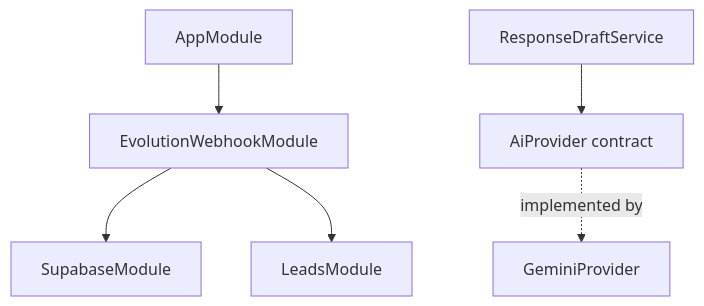
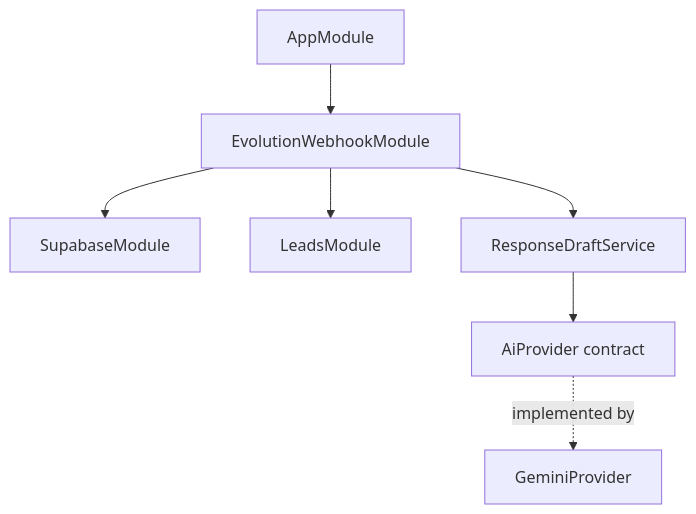
The diagram in docs/obsidian/Copiloto WhatsApp Samuel/_generated/Arquitectura actual.md (AnderG0D/copiloto-whatsapp-samuel), drawn with Mermaid before and after one commit. The commit also changed other lines of this file and 6 other files, not shown here.

````diff
--- a/docs/obsidian/Copiloto WhatsApp Samuel/_generated/Arquitectura actual.md
+++ b/docs/obsidian/Copiloto WhatsApp Samuel/_generated/Arquitectura actual.md
@@ -11,8 +11,9 @@
 ```mermaid
 flowchart TD
     A["AppModule"] --> B["EvolutionWebhookModule"]
     B --> C["SupabaseModule"]
     B --> D["LeadsModule"]
     E["AiProvider contract"] -. "implemented by" .-> F["GeminiProvider"]
     G["ResponseDraftService"] --> E
+    B --> G
 ```
````
